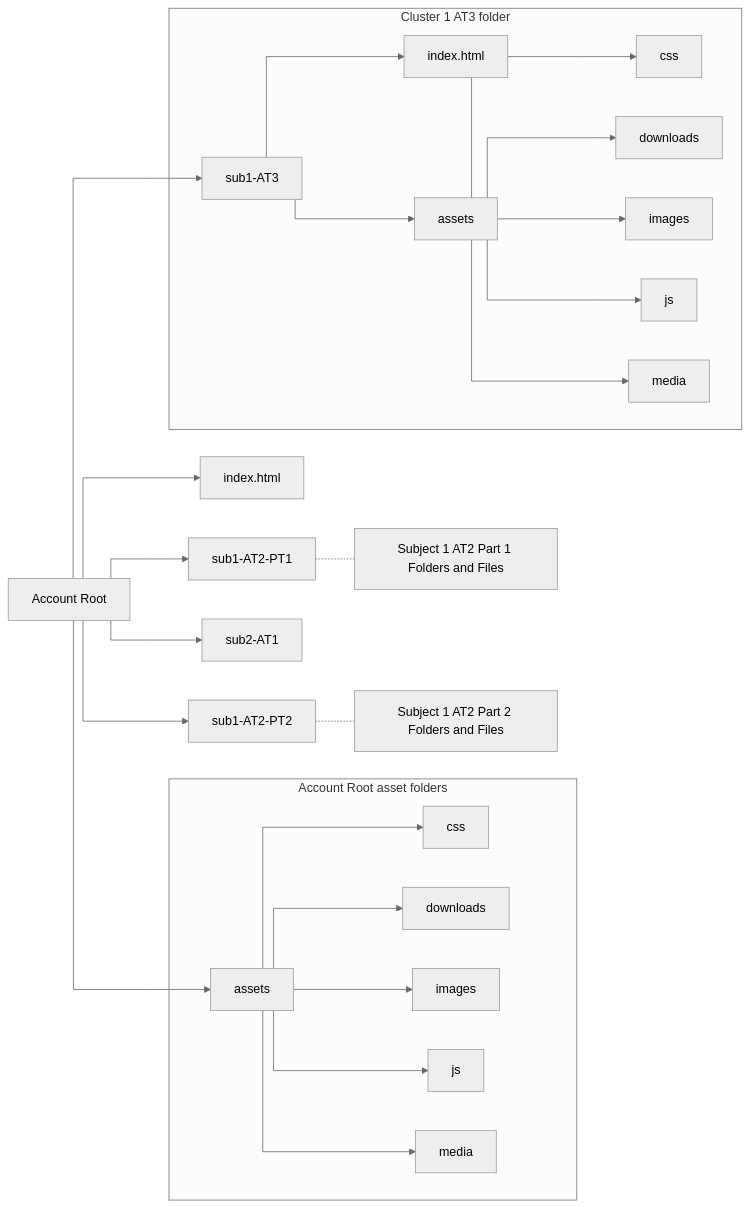
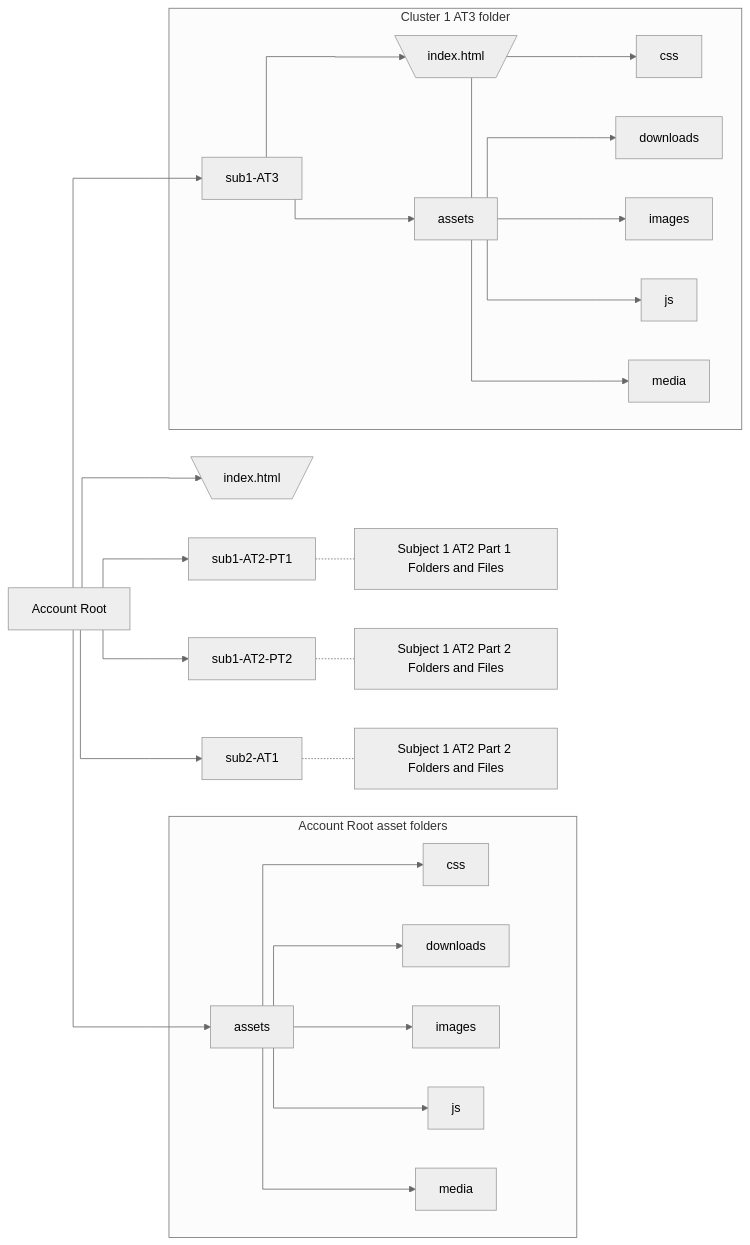
Before and after one commit to AdyGCode/C4-Multi-Sites: the diagram in ReadMe.md, drawn with Mermaid. The commit also changed 27 other files, not shown here.

````diff
--- a/ReadMe.md
+++ b/ReadMe.md
@@ -7,33 +7,35 @@
 ```mermaid
 %%{
   initialize: {
     'theme' : 'neutral',
      'flowchart': { 'curve': 'stepBefore' }
   }
 }%%
 flowchart LR
     A[Account Root] --> B[assets]
-    A --> AI[index.html]
+    A --> AI[\index.html/]
     subgraph Account Root asset folders
     B --> BA[css]
     B --> BB[downloads]
     B --> BC[images]
     B --> BD[js]
     B --> BE[media]
     end
     A --> C[sub1-AT2-PT1]
     C -.- CA[Subject 1 AT2 Part 1 Folders and Files]
     A --> D[sub1-AT2-PT2]
     D -.- DA[Subject 1 AT2 Part 2 Folders and Files]
     A --> E[sub1-AT3]
     subgraph Cluster 1 AT3 folder
-    E --> EI[index.html]
+    E --> EI[\index.html/]
     E --> EZ[assets]
     EZ --> EA[css]
     EZ --> EB[downloads]
     EZ --> EC[images]
     EZ --> ED[js]
     EZ --> EE[media]
     end
     A --> F[sub2-AT1]
+    F -.- FA[Subject 1 AT2 Part 2 Folders and Files]
+
 ```
````
